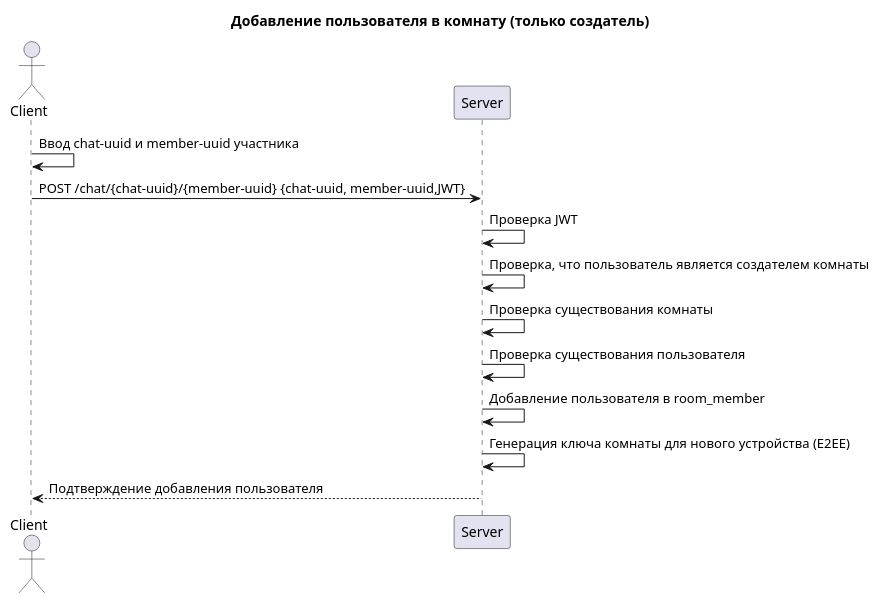
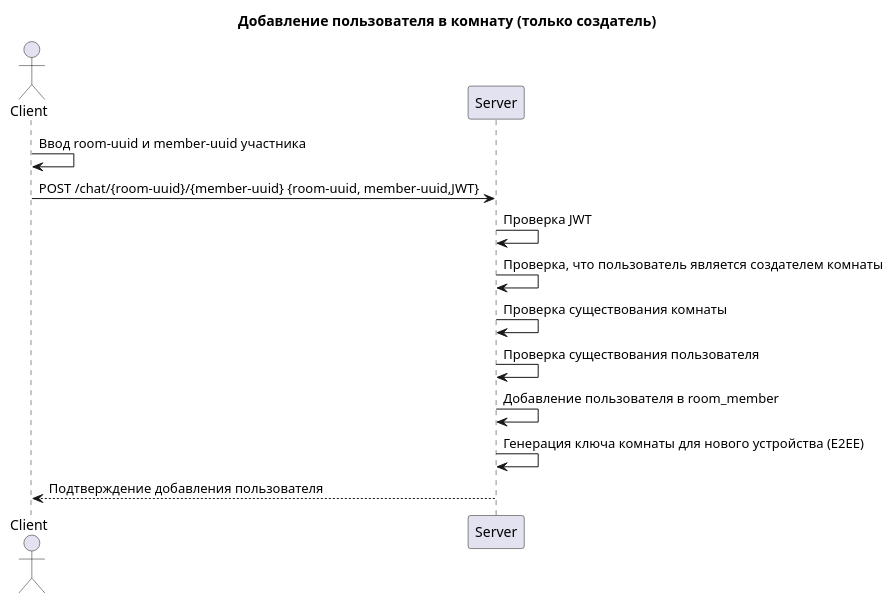
The diagram in docs/room_add_member.puml (sbilibin2017/bil-message), drawn with PlantUML before and after one commit. The commit also changed 16 other files, not shown here.

```diff
--- a/docs/room_add_member.puml
+++ b/docs/room_add_member.puml
@@ -1,20 +1,20 @@
 @startuml
 title Добавление пользователя в комнату (только создатель)
 
 actor Client
 participant Server
 
-Client -> Client: Ввод chat-uuid и member-uuid участника
+Client -> Client: Ввод room-uuid и member-uuid участника
 
-Client -> Server: POST /chat/{chat-uuid}/{member-uuid} {chat-uuid, member-uuid,JWT}
+Client -> Server: POST /chat/{room-uuid}/{member-uuid} {room-uuid, member-uuid,JWT}
 
 Server -> Server: Проверка JWT
 Server -> Server: Проверка, что пользователь является создателем комнаты
 Server -> Server: Проверка существования комнаты
 Server -> Server: Проверка существования пользователя
 Server -> Server: Добавление пользователя в room_member
 Server -> Server: Генерация ключа комнаты для нового устройства (E2EE)
 
 Server --> Client: Подтверждение добавления пользователя
 
 @enduml
```
